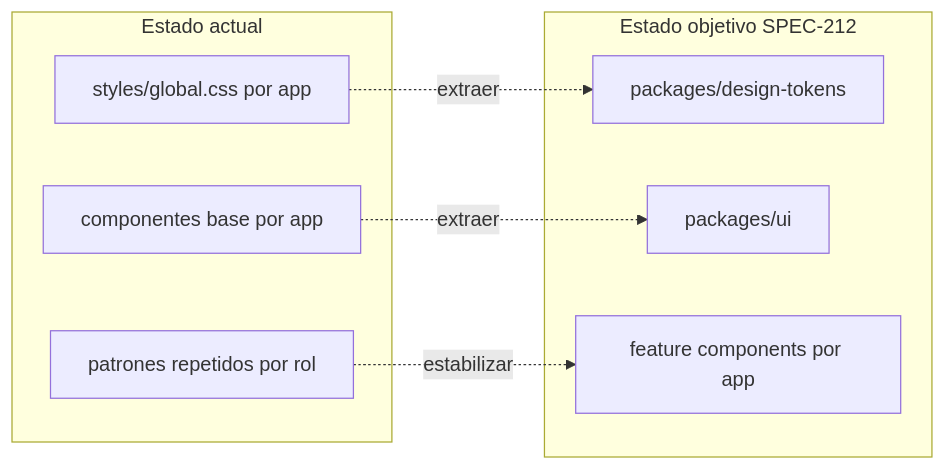
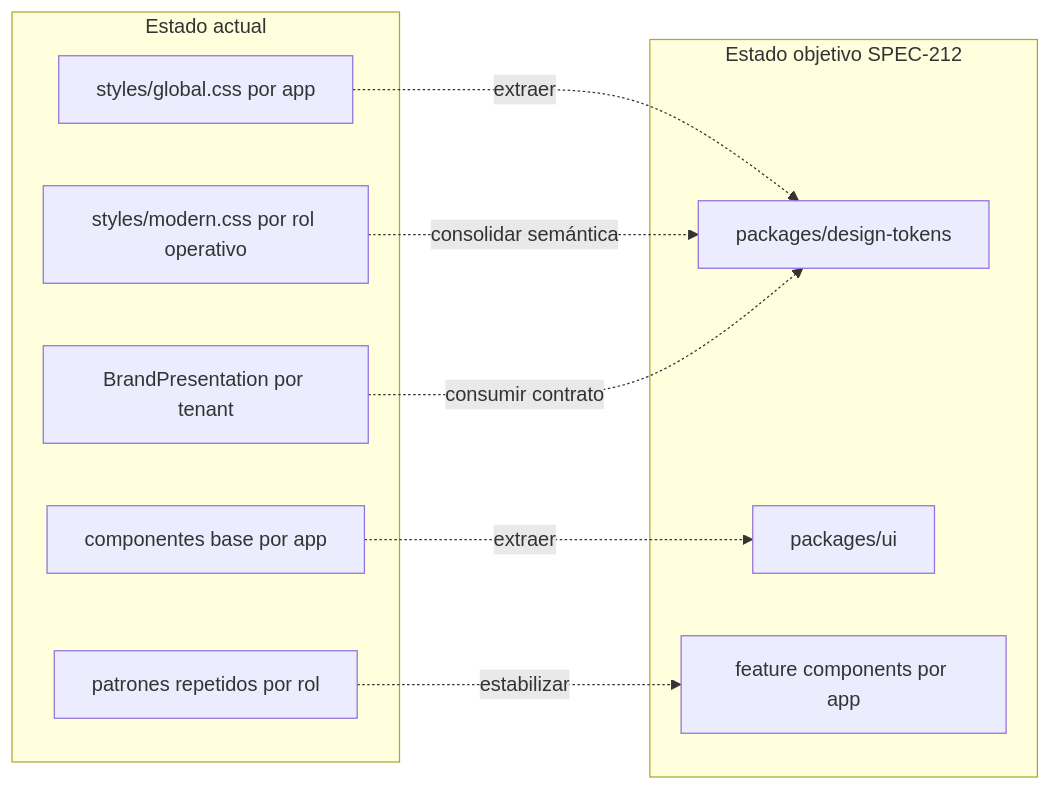
The seventh of 9 diagrams in docs/foundation/18-architecture-components-design-views.md (Adayala/maitre), drawn with Mermaid before and after one commit. The commit also changed other lines of this file and 4 other files, not shown here.

Commit message:
docs(ui): align architecture with role visual systems

````diff
--- a/docs/foundation/18-architecture-components-design-views.md
+++ b/docs/foundation/18-architecture-components-design-views.md
@@ -253,18 +282,22 @@
 ```mermaid
 graph LR
     subgraph TODAY [Estado actual]
         APP_STYLES["styles/global.css por app"]
+        ROLE_STYLES["styles/modern.css por rol operativo"]
+        BRAND_PRESENTATION["BrandPresentation por tenant"]
         APP_COMPONENTS["componentes base por app"]
         APP_PATTERNS["patrones repetidos por rol"]
     end
 
     subgraph TARGET [Estado objetivo SPEC-212]
         TOKENS["packages/design-tokens"]
         UI["packages/ui"]
         FEATURES["feature components por app"]
     end
 
     APP_STYLES -. extraer .-> TOKENS
+    ROLE_STYLES -. consolidar semántica .-> TOKENS
+    BRAND_PRESENTATION -. consumir contrato .-> TOKENS
     APP_COMPONENTS -. extraer .-> UI
     APP_PATTERNS -. estabilizar .-> FEATURES
 ```
````
